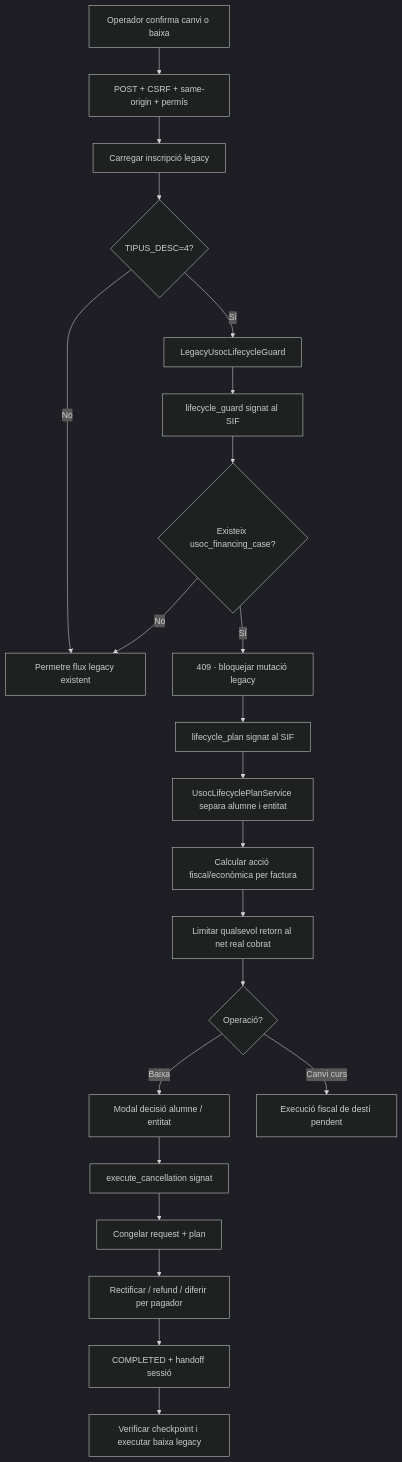
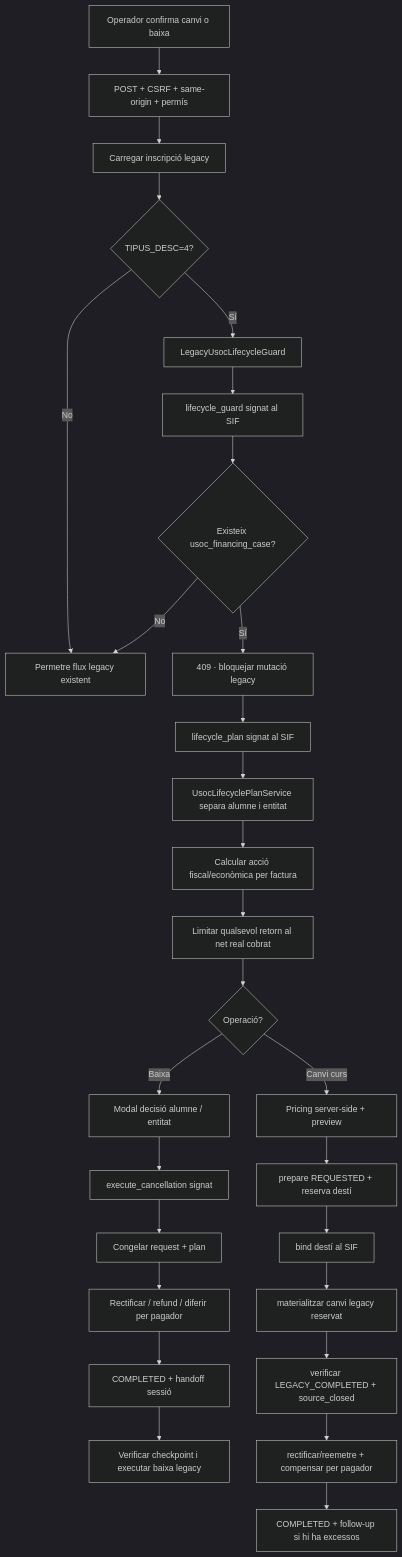
One commit to orgmeriemprismacat-del/verifactu changed diagram 23 of 25 in documentacio/07-uml-integrat/uc-013-activitats-pagines-actual-final.md. Above: the diagram before and after it, drawn with Mermaid (dark theme). The commit also changed other lines of this file and 75 other files, not shown here.

````diff
--- a/documentacio/07-uml-integrat/uc-013-activitats-pagines-actual-final.md
+++ b/documentacio/07-uml-integrat/uc-013-activitats-pagines-actual-final.md
@@ -322,24 +322,30 @@
 ```mermaid
 flowchart TD
     A[Operador confirma canvi o baixa] --> B[POST + CSRF + same-origin + permís]
     B --> C[Carregar inscripció legacy]
     C --> D{TIPUS_DESC=4?}
     D -- No --> E[Permetre flux legacy existent]
     D -- Sí --> F[LegacyUsocLifecycleGuard]
     F --> G[lifecycle_guard signat al SIF]
     G --> H{Existeix usoc_financing_case?}
     H -- No --> E
     H -- Sí --> I[409 · bloquejar mutació legacy]
     I --> J[lifecycle_plan signat al SIF]
     J --> K[UsocLifecyclePlanService separa alumne i entitat]
     K --> L[Calcular acció fiscal/econòmica per factura]
     L --> M[Limitar qualsevol retorn al net real cobrat]
     M --> N{Operació?}
     N -- Baixa --> O[Modal decisió alumne / entitat]
     O --> P[execute_cancellation signat]
     P --> Q[Congelar request + plan]
     Q --> R[Rectificar / refund / diferir per pagador]
     R --> S[COMPLETED + handoff sessió]
     S --> T[Verificar checkpoint i executar baixa legacy]
-    N -- Canvi curs --> U[Execució fiscal de destí pendent]
+    N -- Canvi curs --> U[Pricing server-side + preview]
+    U --> V[prepare REQUESTED + reserva destí]
+    V --> W[bind destí al SIF]
+    W --> X[materialitzar canvi legacy reservat]
+    X --> Y[verificar LEGACY_COMPLETED + source_closed]
+    Y --> Z[rectificar/reemetre + compensar per pagador]
+    Z --> ZA[COMPLETED + follow-up si hi ha excessos]
 ```
````
